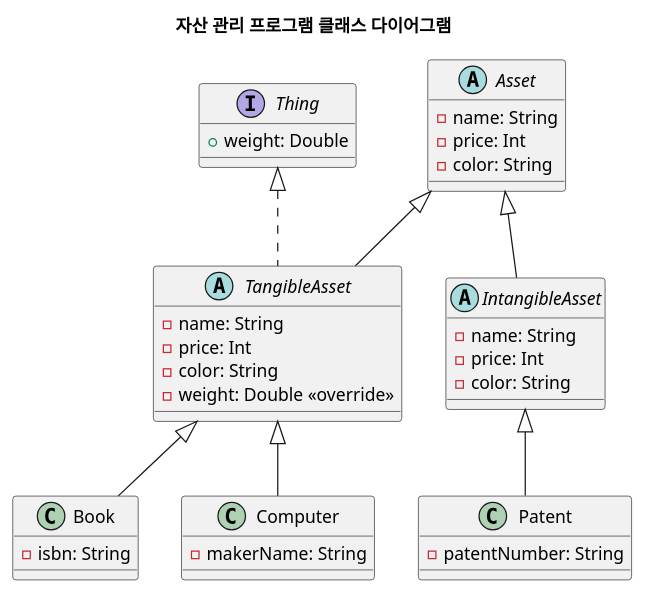
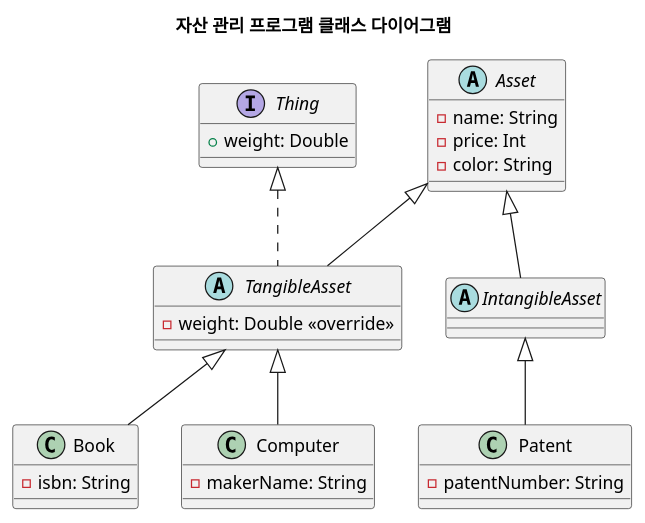
One commit to SurvivalCodingCampus/gangnam2_kotlin_study changed the diagram in src/main/kotlin/com/hhp227/kotlinstudy/docs/Asset.puml. Above: the diagram before and after it, drawn with PlantUML.

Commit message:
fix: Asset.puml 수정

```diff
--- a/src/main/kotlin/com/hhp227/kotlinstudy/docs/Asset.puml
+++ b/src/main/kotlin/com/hhp227/kotlinstudy/docs/Asset.puml
@@ -1,39 +1,33 @@
 @startuml
 title 자산 관리 프로그램 클래스 다이어그램
 
 interface Thing {
     + weight: Double
 }
 
 abstract class Asset {
     - name: String
     - price: Int
     - color: String
 }
 
 abstract class TangibleAsset extends Asset implements Thing {
-    - name: String
-    - price: Int
-    - color: String
     - weight: Double <<override>>
 }
 
 abstract class IntangibleAsset extends Asset {
-    - name: String
-    - price: Int
-    - color: String
 }
 
 class Book extends TangibleAsset {
     - isbn: String
 }
 
 class Computer extends TangibleAsset {
     - makerName: String
 }
 
 class Patent extends IntangibleAsset {
     - patentNumber: String
 }
 
 @enduml
```
